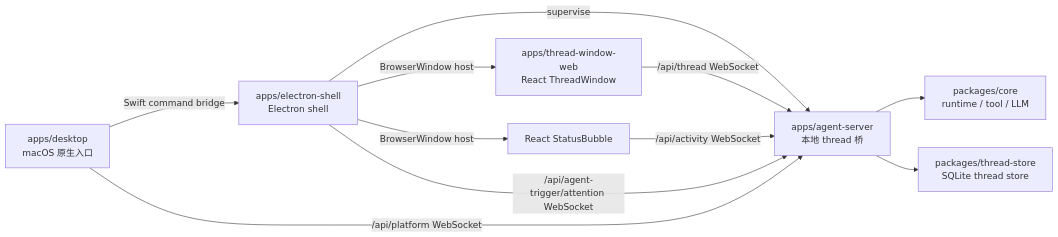
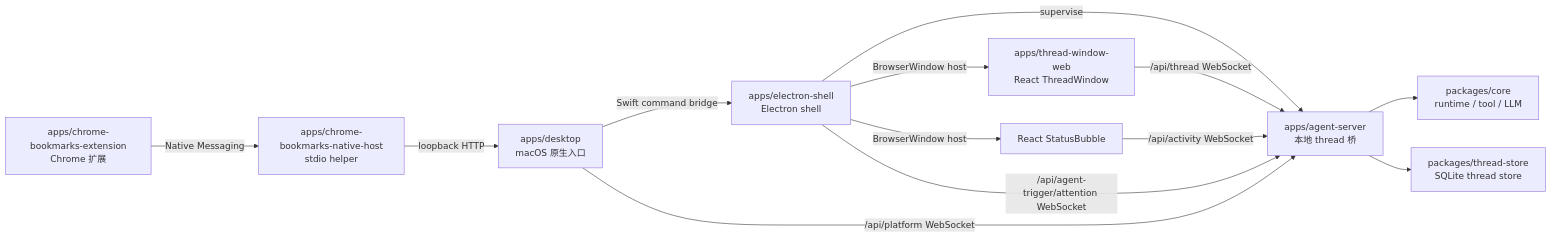
One commit to Lixuhang987/Wisp-Pocket changed the diagram in apps/apps.md. Above: the diagram before and after it, drawn with Mermaid. The commit also changed other lines of this file and 35 other files, not shown here.

Commit message:
feat: add chrome bookmarks extension trigger

````diff
--- a/apps/apps.md
+++ b/apps/apps.md
@@ -16,13 +18,15 @@
 ```mermaid
 flowchart LR
   A[apps/desktop<br/>macOS 原生入口] -->|Swift command bridge| E[apps/electron-shell<br/>Electron shell]
+  X[apps/chrome-bookmarks-extension<br/>Chrome 扩展] -->|Native Messaging| H[apps/chrome-bookmarks-native-host<br/>stdio helper]
+  H -->|loopback HTTP| A
   E -->|BrowserWindow host| W[apps/thread-window-web<br/>React ThreadWindow]
   E -->|BrowserWindow host| S[React StatusBubble]
   E -->|supervise| B[apps/agent-server<br/>本地 thread 桥]
   W -->|/api/thread WebSocket| B
   S -->|/api/activity WebSocket| B
   E -->|/api/agent-trigger/attention WebSocket| B
   A -->|/api/platform WebSocket| B
   B --> C[packages/core<br/>runtime / tool / LLM]
   B --> T[packages/thread-store<br/>SQLite thread store]
 ```
````
